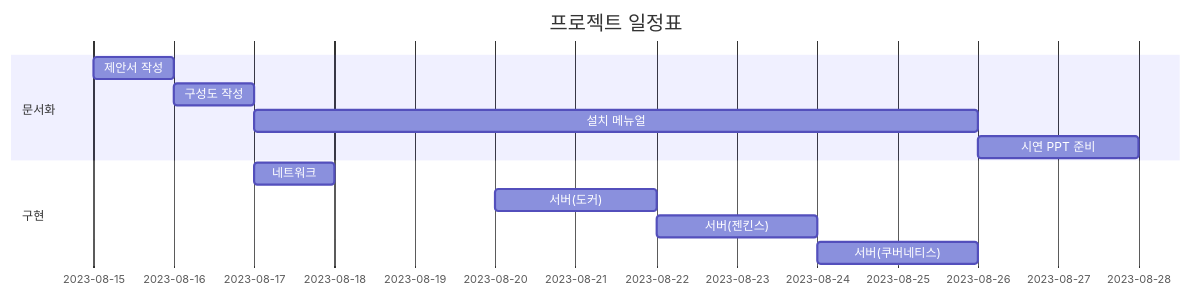
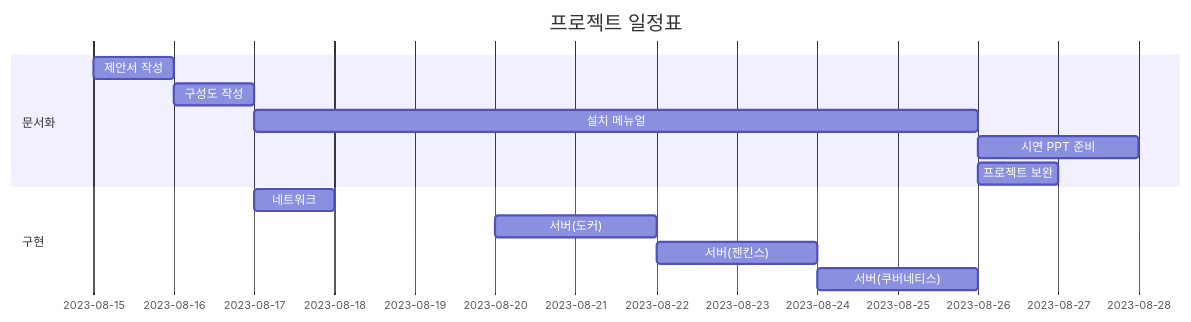
The diagram in README.md (KimJeongHoon190/First_Project), drawn with Mermaid before and after one commit.

````diff
--- a/README.md
+++ b/README.md
@@ -4,16 +4,17 @@
 ```mermaid
 gantt
     title 프로젝트 일정표
     dateFormat  YYYY-MM-DD
     section 문서화
     제안서 작성  : a1, 2023-08-15, 1d
     구성도 작성  : after a1, 1d
     설치 메뉴얼 : after a1, 2023-08-17, 9d
     시연 PPT 준비 : after a1, 2023-08-26, 2d
+    프로젝트 보완 : after a1, 2023-08-26, 1d
 
     section 구현
     네트워크     : b1, 2023-08-17, 1d
     서버(도커) : b2, 2023-08-20, 2d
     서버(젠킨스) :after b2 , 2d
     서버(쿠버네티스) : after b2, 2023-08-24, 2d
 ```
````
